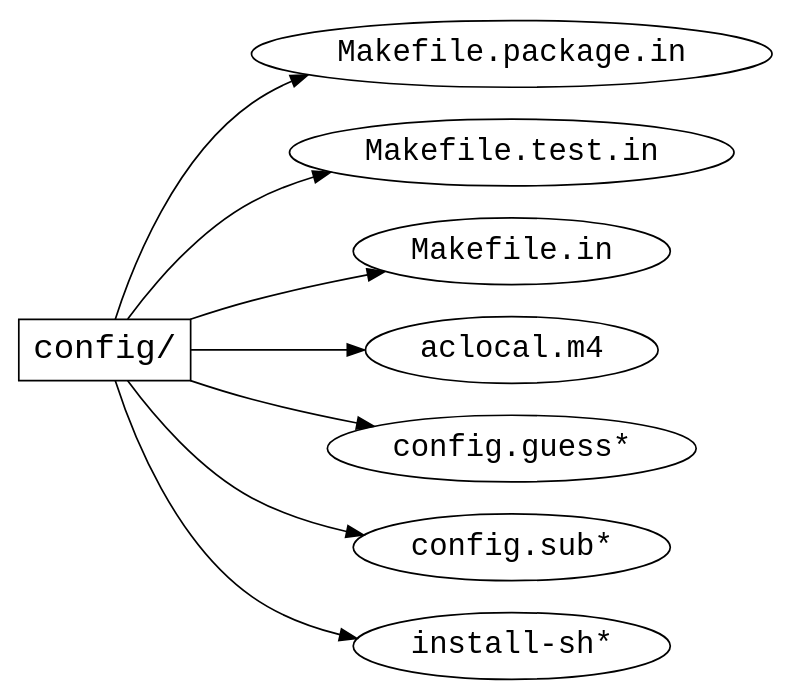
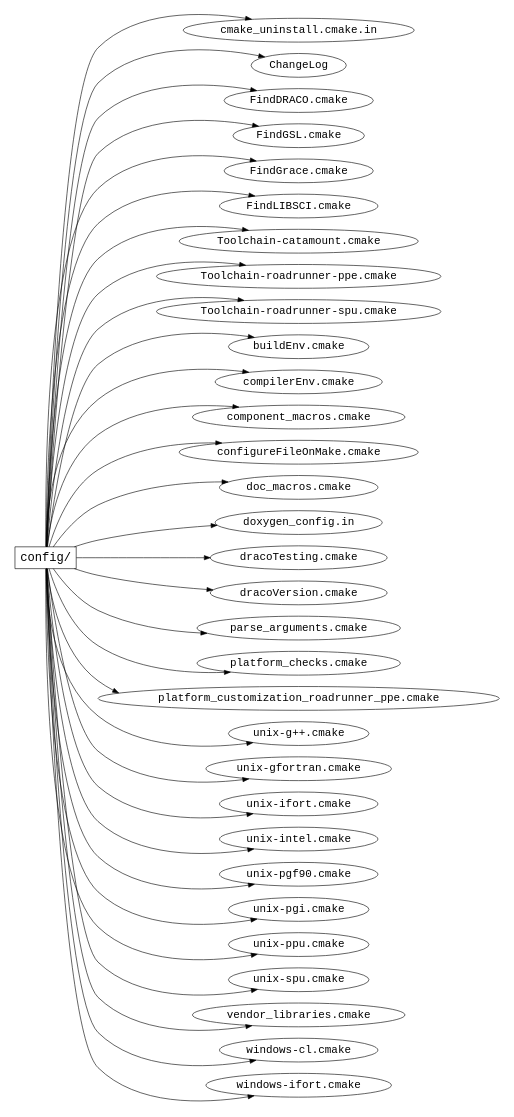
One commit to warsa/Draco changed the diagram in doc/build/fig/src_config.dot. Above: the diagram before and after it, drawn with Graphviz. The commit also changed 39 other files, not shown here.

Commit message:
+ Provide a nearly complete rewrite of the Draco Build System document that provides relevant information about the CMake-based build system.

```diff
--- a/doc/build/fig/src_config.dot
+++ b/doc/build/fig/src_config.dot
@@ -1,34 +1,62 @@
 /* Time-stamp: <99/02/01 15:48:29 tme> */
 
 digraph source_tree {
   /* graph attributes */
     center=1;
     margin=".25,.25";
     size="6.5,9";
     rankdir=LR;
     
   /* main directories */
 
   /* .. level */
     node [fontname=Courier];
     
     config  [label="config/", fontsize=20, shape=box];
 
   /* draco/ level */
     node [fontsize=18];
     {
       /* config */
 	node      [shape=ellipse];
-	mpin      [label="Makefile.package.in"];
-	mtin      [label="Makefile.test.in"];
-	makefile  [label="Makefile.in"];
-	aclocal   [label="aclocal.m4"];
-	config_g  [label="config.guess*"];
-	config_s  [label="config.sub*"];
-	install   [label="install-sh*"];
+	cma [label="CMakeLists.txt"];
+    cha [label="ChangeLog"];
+    finddraco [label="FindDRACO.cmake"];
+    findgsl   [label="FindGSL.cmake"];
+    findgrace [label="FindGrace.cmake"];
+    findlibsci [label="FindLIBSCI.cmake"];
+    toolchaincat [label="Toolchain-catamount.cmake"];
+    toolchainrrppe [label="Toolchain-roadrunner-ppe.cmake"];
+    toolchainrrspu [label="Toolchain-roadrunner-spu.cmake"];
+    bui [label="buildEnv.cmake"];
+    cma [label="cmake_uninstall.cmake.in"];
+    compil [label="compilerEnv.cmake"];
+    compon [label="component_macros.cmake"];
+    con [label="configureFileOnMake.cmake"];
+    doc [label="doc_macros.cmake"];
+    dox [label="doxygen_config.in"];
+    dracotest [label="dracoTesting.cmake"];
+    dracover  [label="dracoVersion.cmake"];
+    parse [label="parse_arguments.cmake"];
+    platformch [label="platform_checks.cmake"];
+    platformcu [label="platform_customization_roadrunner_ppe.cmake"];
+    unixgxx [label="unix-g++.cmake"];
+    unixgfor [label="unix-gfortran.cmake"];
+    unixifort [label="unix-ifort.cmake"];
+    unixintel [label="unix-intel.cmake"];
+    unixpgf90 [label="unix-pgf90.cmake"];
+    unixpgi [label="unix-pgi.cmake"];
+    unixppu [label="unix-ppu.cmake"];
+    unixspu [label="unix-spu.cmake"];
+    vend [label="vendor_libraries.cmake"];
+    wincl [label="windows-cl.cmake"];
+    winifort [label="windows-ifort.cmake"];
     }
     
   /* tree */
     
-    config -> {mpin mtin makefile aclocal config_g config_s install};
+    config -> {cma cha finddraco findgsl findgrace findlibsci toolchaincat toolchainrrppe
+    toolchainrrspu bui cma compil compon con doc dox dracotest dracover parse platformch 
+    platformcu unixgxx unixgfor unixifort unixintel unixpgf90 unixpgi unixppu unixspu vend
+    wincl winifort};
 }
```
